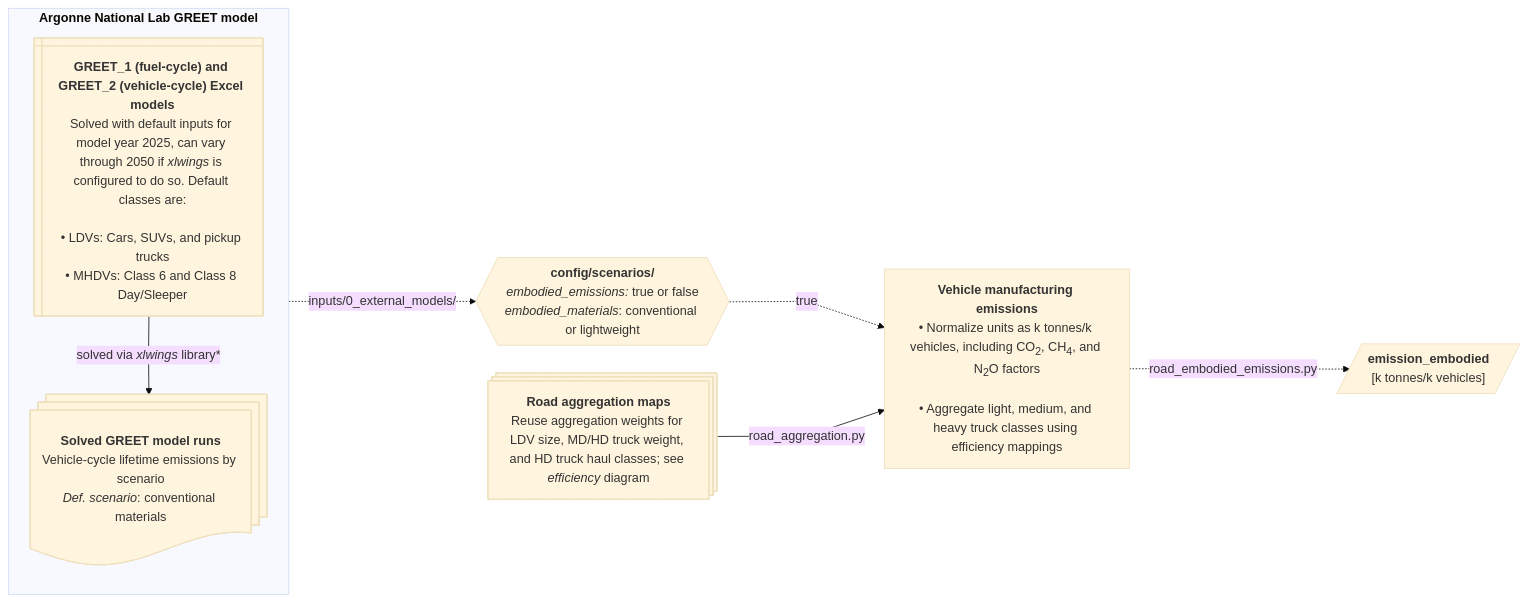
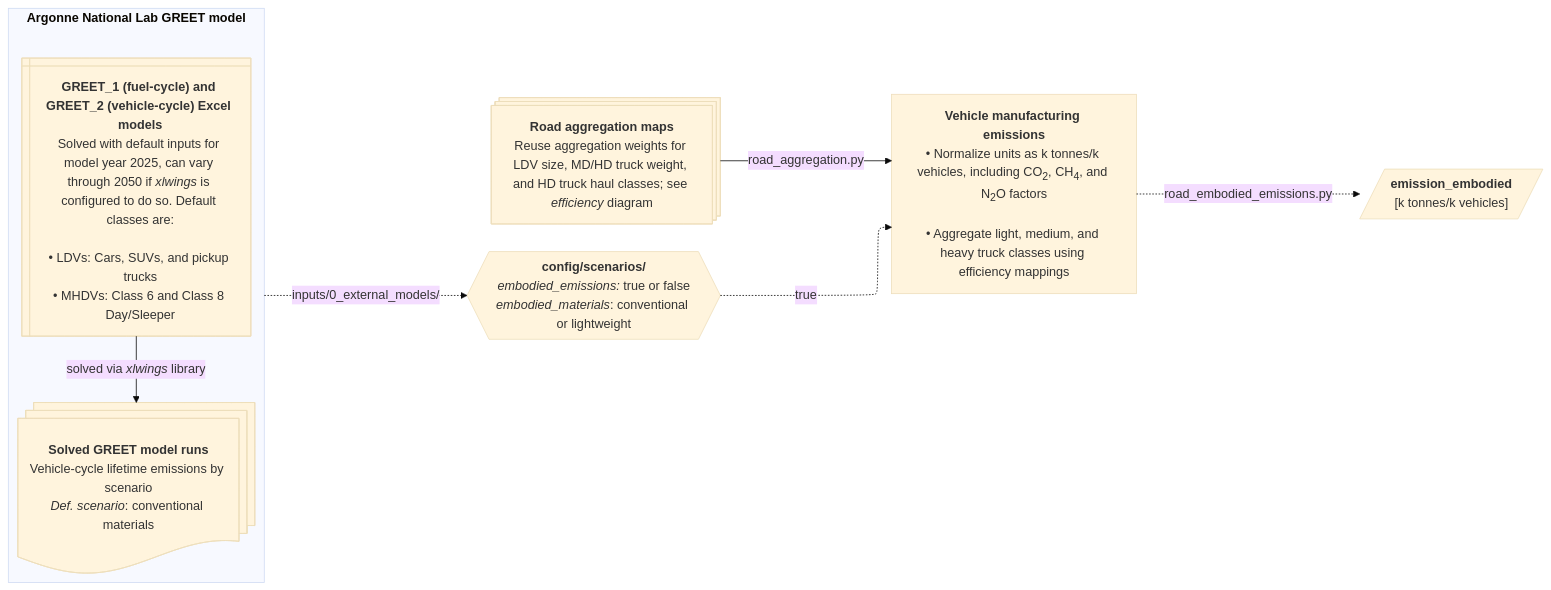
Before and after one commit to CANOE-main/canoe-transportation: diagram 11 of 14 in README.md, drawn with Mermaid (base theme). The commit also changed other lines of this file and 39 other files, not shown here.

First line of the commit message:
Add technology growth evidence acquisition and diagnostics; updated mermaid flowcharts to render with elk layout.

````diff
--- a/README.md
+++ b/README.md
@@ -1110,44 +1092,44 @@
 ```mermaid
 ---
 config:
-  layout: dagre
+  layout: elk
   flowchart:
     nodeSpacing: 35
     rankSpacing: 50
     wrappingWidth: 250
-    curve: linear
 ---
 flowchart LR
-  %% ########### Sources ###########
+  %% ############ Sources ###########
   subgraph greet["`**Argonne National Lab GREET model**`"]
+    direction TB
     s1@{shape: win-pane, label: "**GREET_1 (fuel-cycle) and GREET_2 (vehicle-cycle) Excel models**
       Solved with default inputs for model year 2025, can vary through 2050 if *xlwings* is configured to do so. Default classes are:<br>
       • LDVs: Cars, SUVs, and pickup trucks
       • MHDVs: Class 6 and Class 8 Day/Sleeper"}
     s3@{shape: docs, label: "**Solved GREET model runs**
       Vehicle-cycle lifetime emissions by scenario
       *Def. scenario*: conventional materials"}
-    s1 -- "`solved via *xlwings* library*`" --> s3
+    s1 -- "`solved via *xlwings* library`" --> s3
   end
 
   s2@{shape: processes, label: "**Road aggregation maps**
     Reuse aggregation weights for LDV size, MD/HD truck weight, and HD truck haul classes; see *efficiency* diagram"}
 
-  %% ########### Processes ###########
+  %% ############ Processes ###########
   p1@{shape: hex, label: "**config/scenarios/**
     *embodied_emissions:* true or false
     *embodied_materials*: conventional or lightweight"}
   greet -. inputs/0_external_models/ .-> p1
 
   p2["`**Vehicle manufacturing emissions**
     • Normalize units as k tonnes/k vehicles, including CO<sub>2</sub>, CH<sub>4</sub>, and N<sub>2</sub>O factors<br>
     • Aggregate light, medium, and heavy truck classes using efficiency mappings`"]
   p1 -. true .-> p2
   s2 -- road_aggregation.py --> p2
 
   p2 -. "road_embodied_emissions.py" .-> o1[/"`**emission_embodied**
     [k tonnes/k vehicles]`"/]
 
   %% --- Hyperlinks ---
   click s1 "https://greet.anl.gov/"
 ```
````
